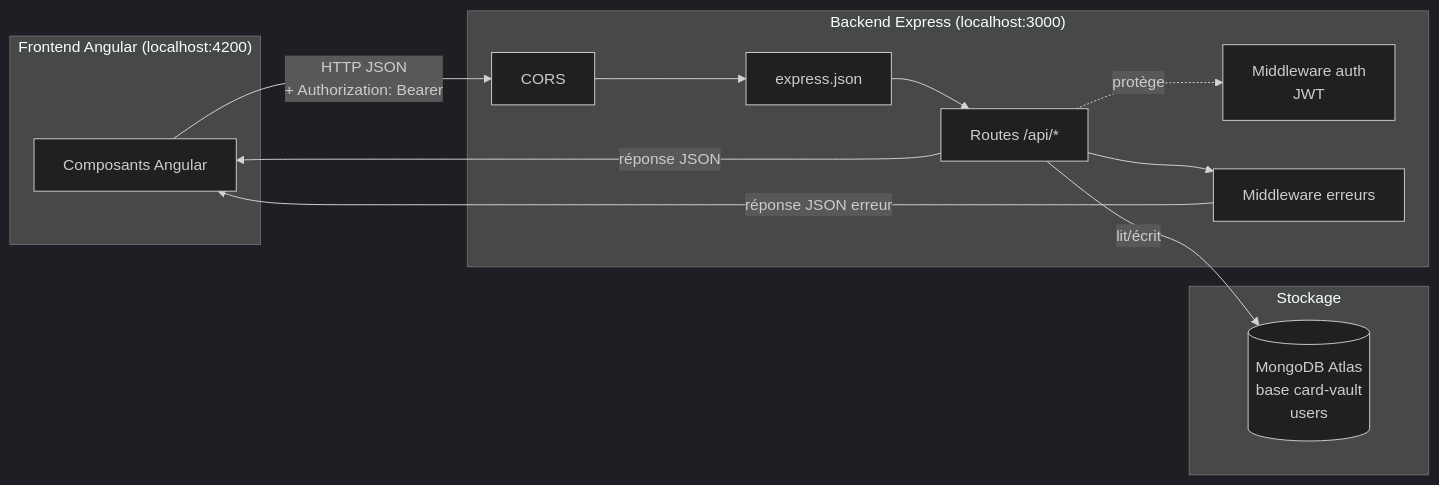
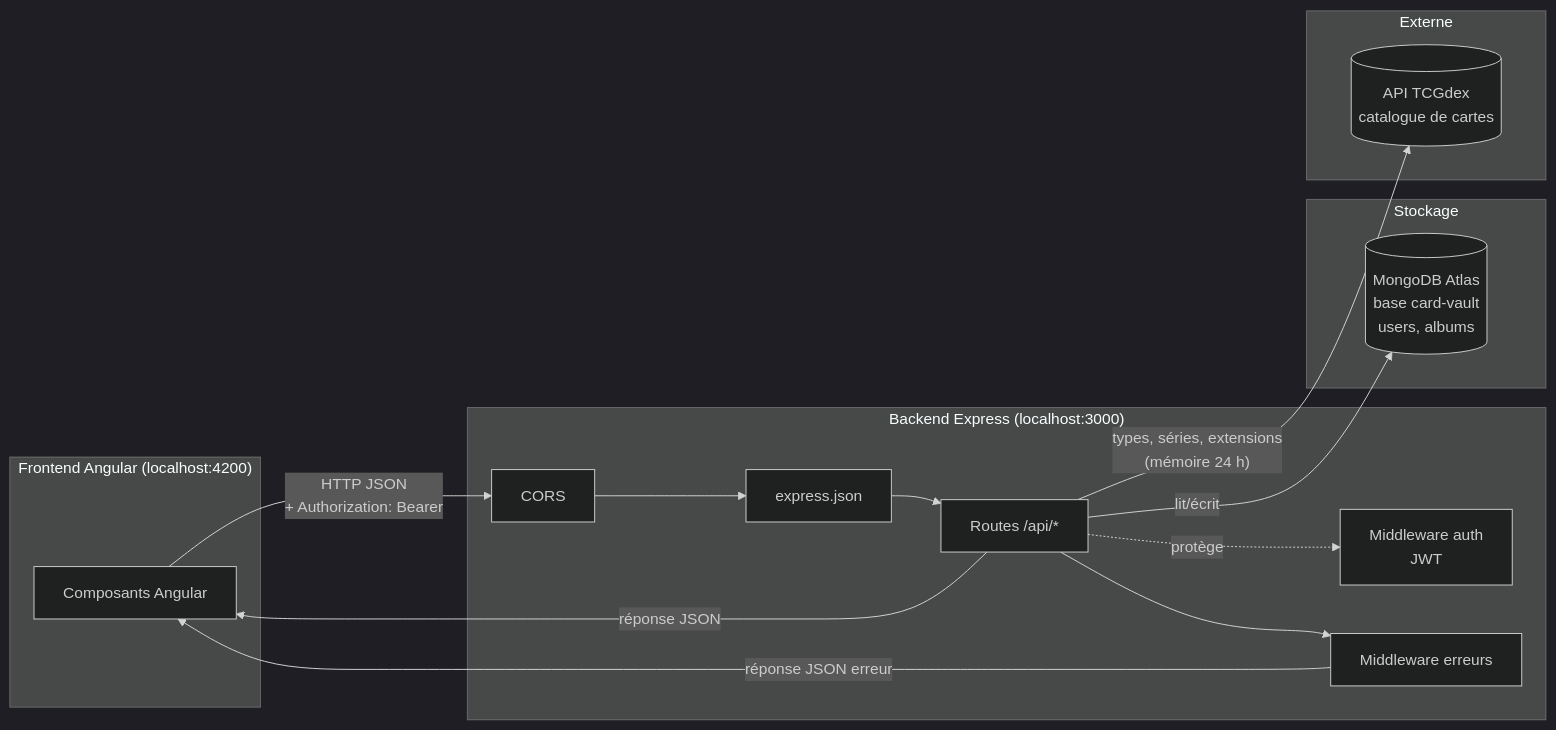
Before and after one commit to nini667-E/AngularM1_Miage_2026_2027_TP123: the first of 9 diagrams in backend/analyse.md, drawn with Mermaid (dark theme). The commit also changed other lines of this file and 57 other files, not shown here.

````diff
--- a/backend/analyse.md
+++ b/backend/analyse.md
@@ -52,26 +68,31 @@
 ```mermaid
 flowchart LR
     subgraph Client["Frontend Angular (localhost:4200)"]
         UI[Composants Angular]
     end
 
     subgraph API["Backend Express (localhost:3000)"]
         MW1[CORS]
         MW2[express.json]
         MWAuth[Middleware auth\nJWT]
         Routes[Routes /api/*]
         Err[Middleware erreurs]
     end
 
     subgraph Storage["Stockage"]
-        DB[(MongoDB Atlas\nbase card-vault\nusers)]
+        DB[(MongoDB Atlas\nbase card-vault\nusers, albums)]
+    end
+
+    subgraph Ext["Externe"]
+        TCG[(API TCGdex\ncatalogue de cartes)]
     end
 
     UI -- "HTTP JSON\n+ Authorization: Bearer <JWT>" --> MW1
     MW1 --> MW2 --> Routes
     Routes -. protège .-> MWAuth
     Routes -- lit/écrit --> DB
+    Routes -- "types, séries, extensions\n(mémoire 24 h)" --> TCG
     Routes --> Err
     Err -- réponse JSON erreur --> UI
     Routes -- réponse JSON --> UI
 ```
````
